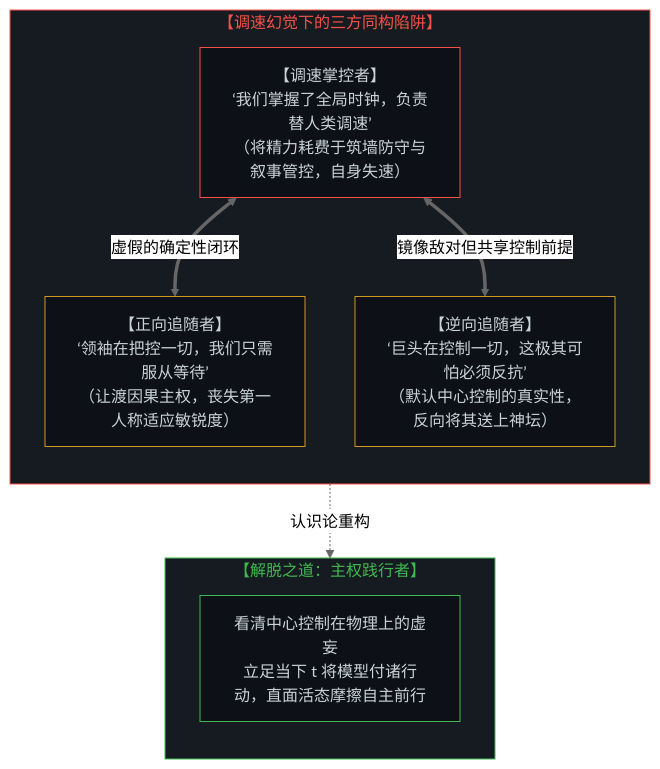
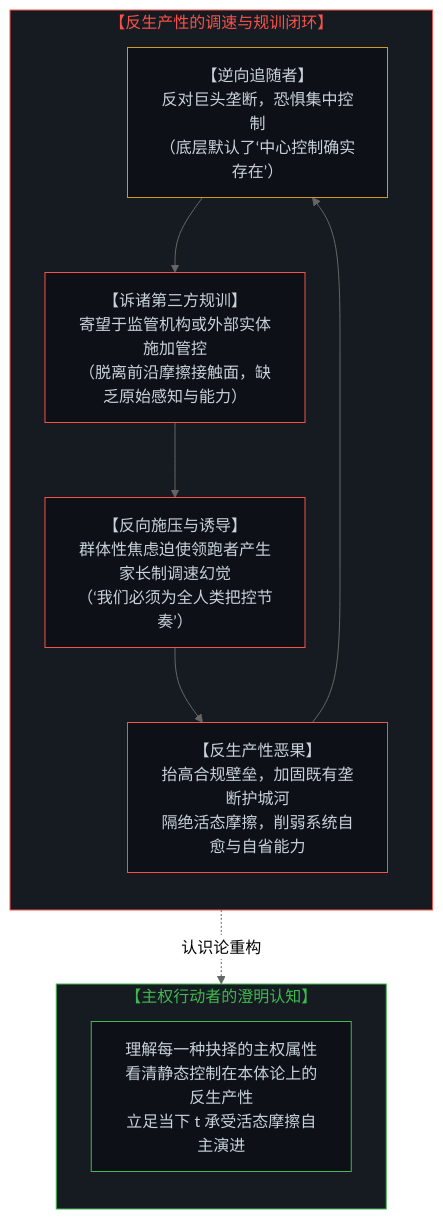
The third of 4 diagrams in content/posts/the-fallacy-of-pacing-and-the-felt-friction-of-ground-truth.md (powerpig99/not-a-toe), drawn with Mermaid (neutral theme) before and after one commit. The commit also changed other lines of this file and 5 other files, not shown here.

````diff
--- a/content/posts/the-fallacy-of-pacing-and-the-felt-friction-of-ground-truth.md
+++ b/content/posts/the-fallacy-of-pacing-and-the-felt-friction-of-ground-truth.md
@@ -165,25 +165,27 @@
 ```mermaid
 graph TD
-    subgraph S_Triad["【调速幻觉下的三方同构陷阱】"]
+    subgraph S_Loop["【反生产性的调速与规训闭环】"]
         direction TB
-        L1["【调速掌控者】<br>‘我们掌握了全局时钟，负责替人类调速’<br>（将精力耗费于筑墙防守与叙事管控，自身失速）"]
-        F1["【正向追随者】<br>‘领袖在把控一切，我们只需服从等待’<br>（让渡因果主权，丧失第一人称适应敏锐度）"]
-        R1["【逆向追随者】<br>‘巨头在控制一切，这极其可怕必须反抗’<br>（默认中心控制的真实性，反向将其送上神坛）"]
-        L1 <==>|"虚假的确定性闭环"| F1
-        L1 <==>|"镜像敌对但共享控制前提"| R1
+        RF["【逆向追随者】<br>反对巨头垄断，恐惧集中控制<br>（底层默认了‘中心控制确实存在’）"]
+        TP["【诉诸第三方规训】<br>寄望于监管机构或外部实体施加管控<br>（脱离前沿摩擦接触面，缺乏原始感知与能力）"]
+        PR["【反向施压与诱导】<br>群体性焦虑迫使领跑者产生家长制调速幻觉<br>（‘我们必须为全人类把控节奏’）"]
+        MO["【反生产性恶果】<br>抬高合规壁垒，加固既有垄断护城河<br>隔绝活态摩擦，削弱系统自愈与自省能力"]
+
+        RF --> TP --> PR --> MO --> RF
     end
 
-    subgraph S_Sovereign["【解脱之道：主权践行者】"]
+    subgraph S_Sovereign["【主权行动者的澄明认知】"]
         direction TB
-        S1["看清中心控制在物理上的虚妄<br>立足当下 t 将模型付诸行动，直面活态摩擦自主前行"]
+        SOV["理解每一种抉择的主权属性<br>看清静态控制在本体论上的反生产性<br>立足当下 t 承受活态摩擦自主演进"]
     end
 
-    R1 -.->|"认识论重构"| S1
+    MO -.->|"认识论重构"| SOV
 
-    style S_Triad fill:#161b22,stroke:#f85149,stroke-width:1px,color:#f85149
+    style S_Loop fill:#161b22,stroke:#f85149,stroke-width:1px,color:#f85149
     style S_Sovereign fill:#161b22,stroke:#3fb950,stroke-width:1px,color:#3fb950
-    style L1 fill:#0d1117,stroke:#f85149,stroke-width:1px,color:#c9d1d9
-    style F1 fill:#0d1117,stroke:#d29922,stroke-width:1px,color:#c9d1d9
-    style R1 fill:#0d1117,stroke:#d29922,stroke-width:1px,color:#c9d1d9
-    style S1 fill:#0d1117,stroke:#3fb950,stroke-width:1px,color:#c9d1d9
+    style RF fill:#0d1117,stroke:#d29922,stroke-width:1px,color:#c9d1d9
+    style TP fill:#0d1117,stroke:#f85149,stroke-width:1px,color:#c9d1d9
+    style PR fill:#0d1117,stroke:#f85149,stroke-width:1px,color:#c9d1d9
+    style MO fill:#0d1117,stroke:#f85149,stroke-width:1px,color:#c9d1d9
+    style SOV fill:#0d1117,stroke:#3fb950,stroke-width:1px,color:#c9d1d9
 ```
````
